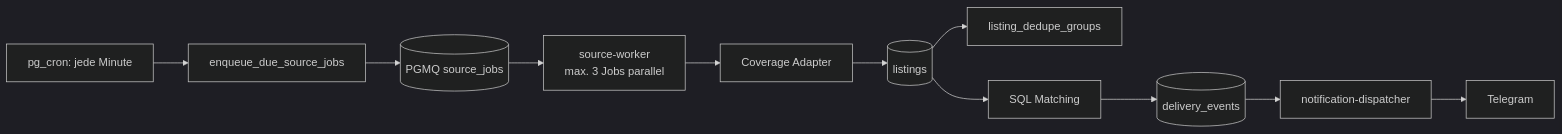
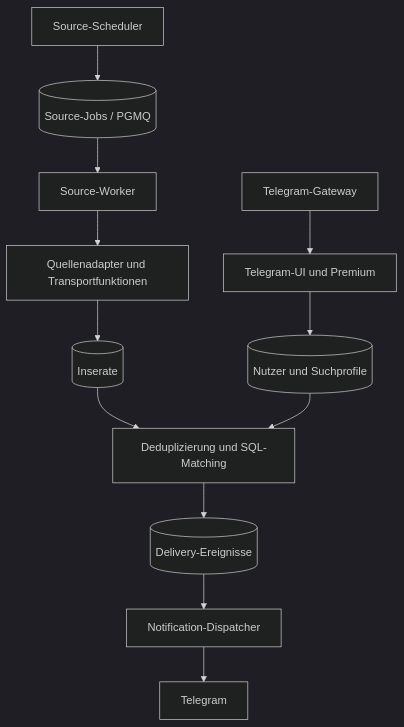
Before and after one commit to arash-tawakoli/telegram_bot: the diagram in docs/ARCHITECTURE.md, drawn with Mermaid (dark theme). The commit also changed other lines of this file and 20 other files, not shown here.

````diff
--- a/docs/ARCHITECTURE.md
+++ b/docs/ARCHITECTURE.md
@@ -7,13 +5,14 @@
 ```mermaid
-flowchart LR
-  C[pg_cron: jede Minute] --> E[enqueue_due_source_jobs]
-  E --> Q[(PGMQ source_jobs)]
-  Q --> W[source-worker\nmax. 3 Jobs parallel]
-  W --> A[Coverage Adapter]
-  A --> L[(listings)]
-  L --> D[listing_dedupe_groups]
-  L --> M[SQL Matching]
-  M --> DE[(delivery_events)]
-  DE --> ND[notification-dispatcher]
-  ND --> TG[Telegram]
+flowchart TD
+  C[Source-Scheduler] --> Q[(Source-Jobs / PGMQ)]
+  Q --> W[Source-Worker]
+  W --> A[Quellenadapter und Transportfunktionen]
+  A --> L[(Inserate)]
+  L --> D[Deduplizierung und SQL-Matching]
+  D --> E[(Delivery-Ereignisse)]
+  E --> N[Notification-Dispatcher]
+  N --> T[Telegram]
+  G[Telegram-Gateway] --> U[Telegram-UI und Premium]
+  U --> P[(Nutzer und Suchprofile)]
+  P --> D
 ```
````
